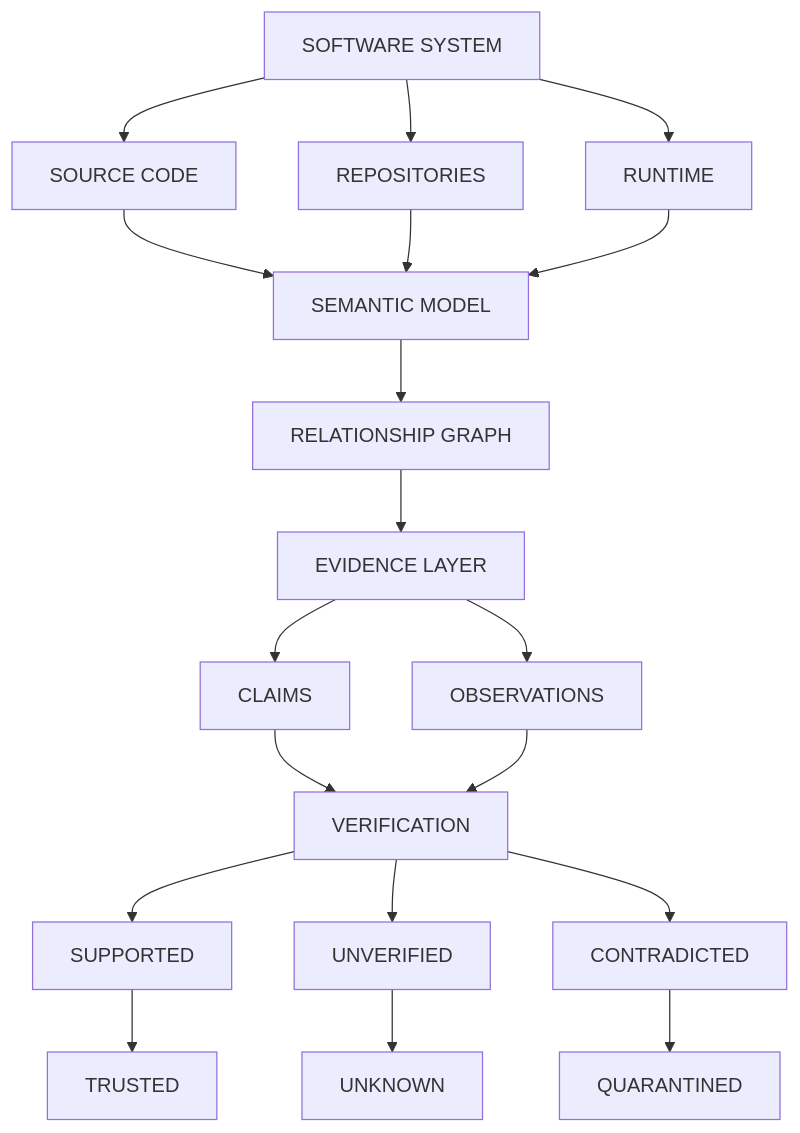
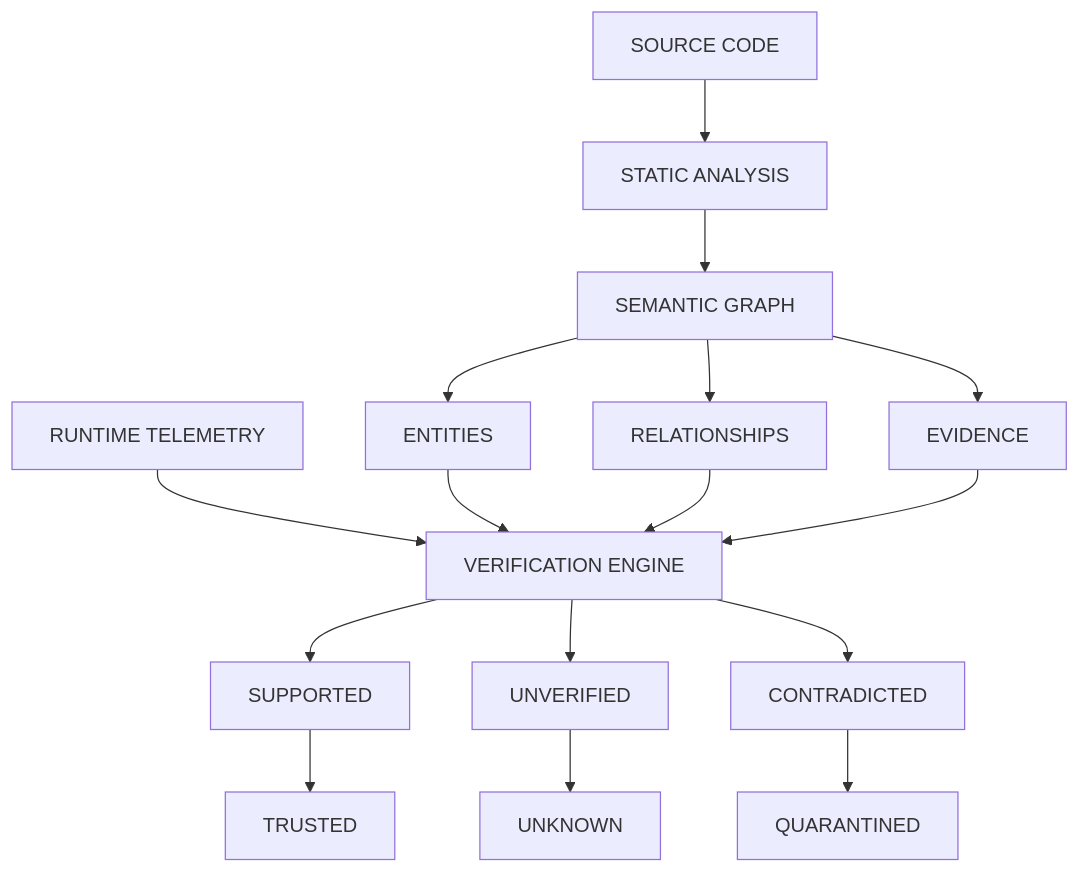
One commit to myshra777-ai/garuda changed the first of 4 diagrams in README.md. Above: the diagram before and after it, drawn with Mermaid. The commit also changed other lines of this file, not shown here.

````diff
--- a/README.md
+++ b/README.md
@@ -40,27 +319,21 @@
 ```mermaid
 flowchart TD
-    SYSTEM["SOFTWARE SYSTEM"]
-    SYSTEM --> CODE["SOURCE CODE"]
-    SYSTEM --> REPOS["REPOSITORIES"]
-    SYSTEM --> RUNTIME["RUNTIME"]
+    SOURCE["SOURCE CODE"] --> STATIC["STATIC ANALYSIS"]
+    STATIC --> GRAPH["SEMANTIC GRAPH"]
+    GRAPH --> ENTITIES["ENTITIES"]
+    GRAPH --> RELATIONSHIPS["RELATIONSHIPS"]
+    GRAPH --> EVIDENCE["EVIDENCE"]
 
-    CODE --> SEMANTIC["SEMANTIC MODEL"]
-    REPOS --> SEMANTIC
-    RUNTIME --> SEMANTIC
-
-    SEMANTIC --> GRAPH["RELATIONSHIP GRAPH"]
-    GRAPH --> EVIDENCE["EVIDENCE LAYER"]
-    EVIDENCE --> CLAIMS["CLAIMS"]
-    EVIDENCE --> OBS["OBSERVATIONS"]
-
-    CLAIMS --> VERIFY["VERIFICATION"]
-    OBS --> VERIFY
+    RUNTIME["RUNTIME TELEMETRY"] --> VERIFY["VERIFICATION ENGINE"]
+    ENTITIES --> VERIFY
+    RELATIONSHIPS --> VERIFY
+    EVIDENCE --> VERIFY
 
     VERIFY --> SUPPORTED["SUPPORTED"]
     VERIFY --> UNVERIFIED["UNVERIFIED"]
     VERIFY --> CONTRADICTED["CONTRADICTED"]
 
     SUPPORTED --> TRUSTED["TRUSTED"]
     UNVERIFIED --> UNKNOWN["UNKNOWN"]
     CONTRADICTED --> QUARANTINED["QUARANTINED"]
 ```
````
